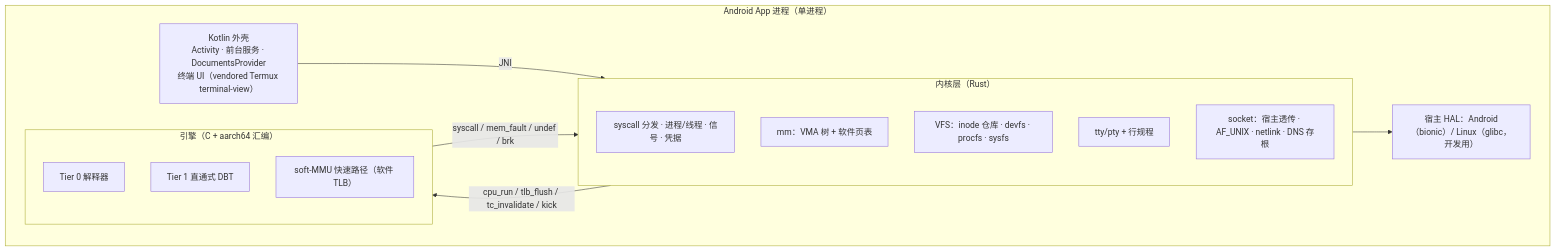
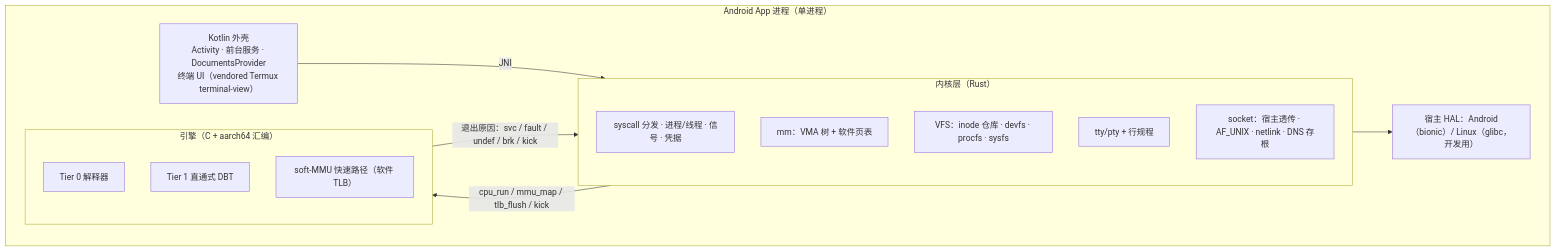
The diagram in docs/design.md (ferstar/appine), drawn with Mermaid before and after one commit. The commit also changed other lines of this file and 49 other files, not shown here.

````diff
--- a/docs/design.md
+++ b/docs/design.md
@@ -53,23 +53,23 @@
 ```mermaid
 flowchart TB
     subgraph APP["Android App 进程（单进程）"]
         UI["Kotlin 外壳<br/>Activity · 前台服务 · DocumentsProvider<br/>终端 UI（vendored Termux terminal-view）"]
         subgraph KERNEL["内核层（Rust）"]
             SYS["syscall 分发 · 进程/线程 · 信号 · 凭据"]
             MM["mm：VMA 树 + 软件页表"]
             VFS["VFS：inode 仓库 · devfs · procfs · sysfs"]
             TTY["tty/pty + 行规程"]
             NET["socket：宿主透传 · AF_UNIX · netlink · DNS 存根"]
         end
         subgraph ENGINE["引擎（C + aarch64 汇编）"]
             T0["Tier 0 解释器"]
             T1["Tier 1 直通式 DBT"]
             SMMU["soft-MMU 快速路径（软件 TLB）"]
         end
         HAL["宿主 HAL：Android（bionic）/ Linux（glibc，开发用）"]
     end
     UI -- JNI --> KERNEL
-    ENGINE -- "syscall / mem_fault / undef / brk" --> KERNEL
-    KERNEL -- "cpu_run / tlb_flush / tc_invalidate / kick" --> ENGINE
+    ENGINE -- "退出原因：svc / fault / undef / brk / kick" --> KERNEL
+    KERNEL -- "cpu_run / mmu_map / tlb_flush / kick" --> ENGINE
     KERNEL --> HAL
 ```
````
